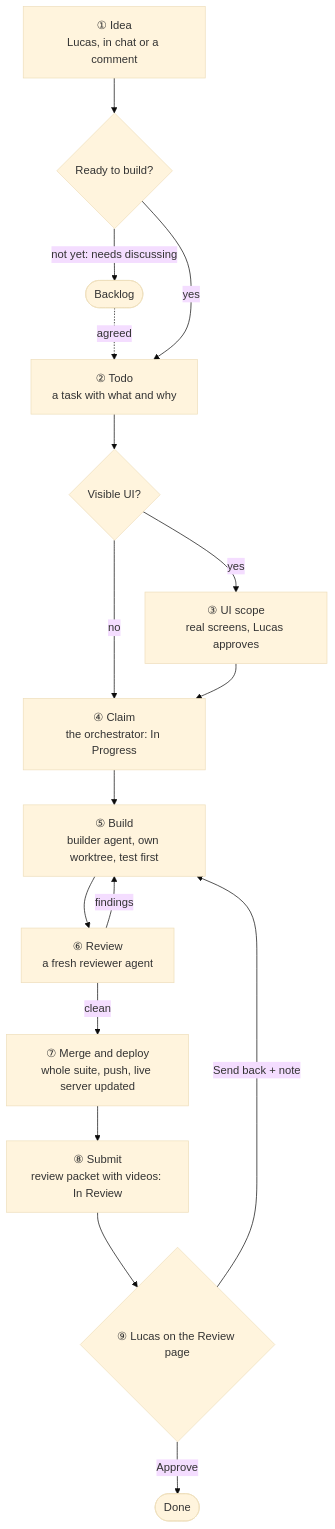
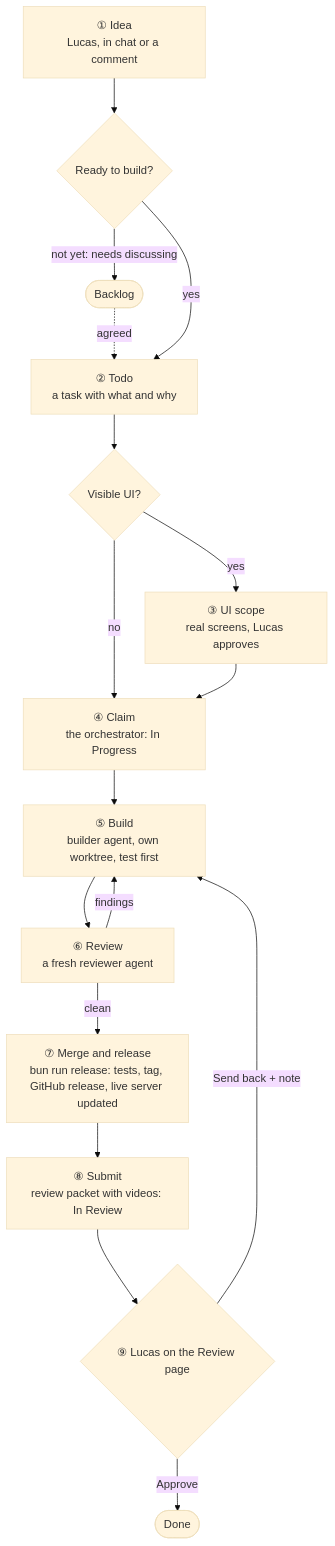
Before and after one commit to lnmunhoz/cello: the first of 4 diagrams in docs/feature-lifecycle.md, drawn with Mermaid (base theme). The commit also changed other lines of this file and 18 other files, not shown here.

````diff
--- a/docs/feature-lifecycle.md
+++ b/docs/feature-lifecycle.md
@@ -10,19 +10,19 @@
 ```mermaid
 flowchart TD
     A["① Idea<br/>Lucas, in chat or a comment"] --> B{"Ready to build?"}
     B -->|"not yet: needs discussing"| BL(["Backlog"])
     BL -.->|"agreed"| T
     B -->|yes| T["② Todo<br/>a task with what and why"]
     T --> S{"Visible UI?"}
     S -->|yes| SC["③ UI scope<br/>real screens, Lucas approves"]
     S -->|no| C
     SC --> C["④ Claim<br/>the orchestrator: In Progress"]
     C --> BU["⑤ Build<br/>builder agent, own worktree, test first"]
     BU --> RV["⑥ Review<br/>a fresh reviewer agent"]
     RV -->|findings| BU
-    RV -->|clean| M["⑦ Merge and deploy<br/>whole suite, push, live server updated"]
+    RV -->|clean| M["⑦ Merge and release<br/>bun run release: tests, tag, GitHub release, live server updated"]
     M --> P["⑧ Submit<br/>review packet with videos: In Review"]
     P --> L{"⑨ Lucas on the Review page"}
     L -->|Approve| D(["Done"])
     L -->|"Send back + note"| BU
 ```
````
